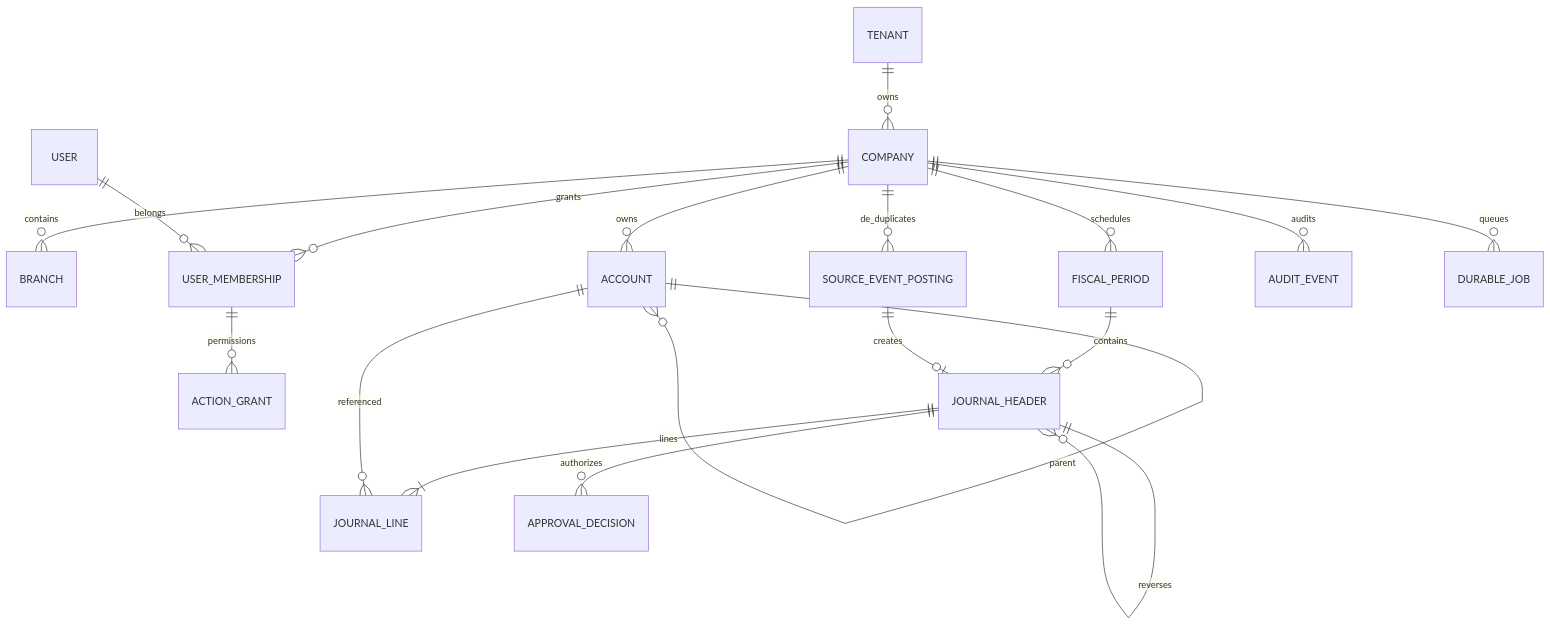
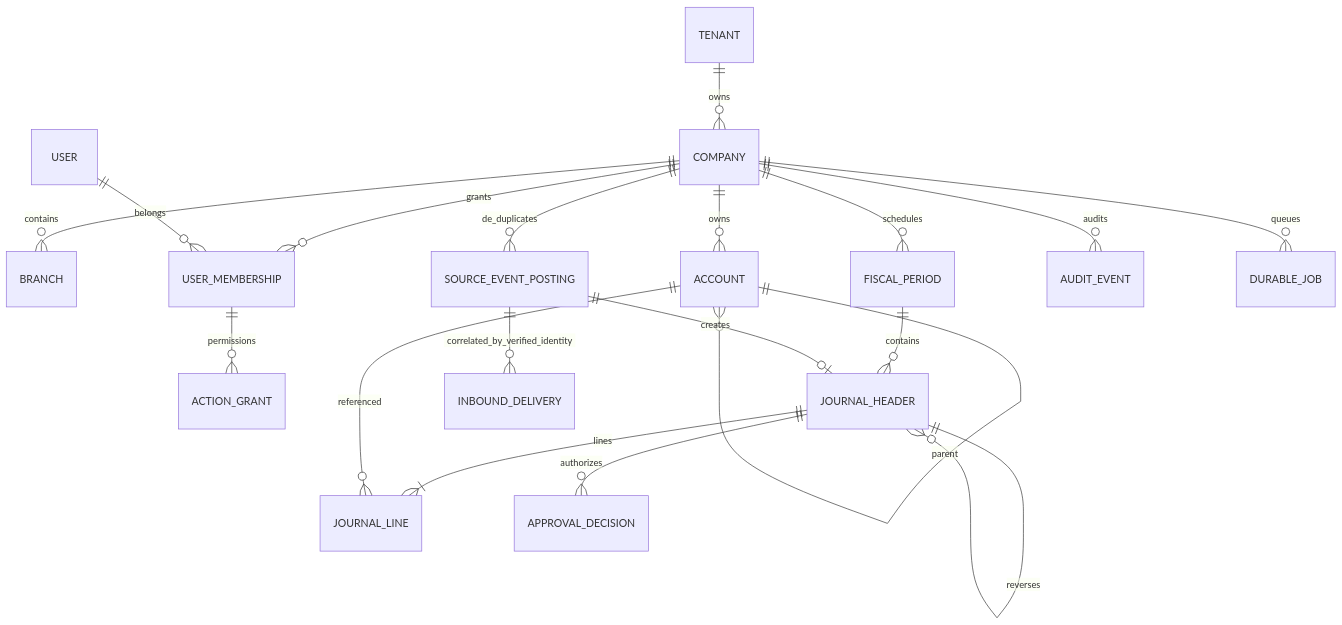
The diagram in docs/development-pack/round-2/01-PHYSICAL-ERD-DESIGN-PROPOSAL.md (dharmendra1031/ACCOUNTING-XBRL-COMPLIANCE-SUITE), drawn with Mermaid before and after one commit. The commit also changed other lines of this file, not shown here.

Commit message:
docs(round2): correct ERD unique economic event key and inbound alias design

````diff
--- a/docs/development-pack/round-2/01-PHYSICAL-ERD-DESIGN-PROPOSAL.md
+++ b/docs/development-pack/round-2/01-PHYSICAL-ERD-DESIGN-PROPOSAL.md
@@ -24,20 +24,21 @@
 ```mermaid
 erDiagram
   TENANT ||--o{ COMPANY : owns
   COMPANY ||--o{ BRANCH : contains
   COMPANY ||--o{ FISCAL_PERIOD : schedules
   COMPANY ||--o{ ACCOUNT : owns
   ACCOUNT ||--o{ ACCOUNT : parent
   COMPANY ||--o{ USER_MEMBERSHIP : grants
   USER ||--o{ USER_MEMBERSHIP : belongs
   USER_MEMBERSHIP ||--o{ ACTION_GRANT : permissions
   COMPANY ||--o{ SOURCE_EVENT_POSTING : de_duplicates
   FISCAL_PERIOD ||--o{ JOURNAL_HEADER : contains
   SOURCE_EVENT_POSTING ||--o| JOURNAL_HEADER : creates
+  SOURCE_EVENT_POSTING ||--o{ INBOUND_DELIVERY : correlated_by_verified_identity
   JOURNAL_HEADER ||--|{ JOURNAL_LINE : lines
   ACCOUNT ||--o{ JOURNAL_LINE : referenced
   JOURNAL_HEADER ||--o{ JOURNAL_HEADER : reverses
   JOURNAL_HEADER ||--o{ APPROVAL_DECISION : authorizes
   COMPANY ||--o{ AUDIT_EVENT : audits
   COMPANY ||--o{ DURABLE_JOB : queues
 ```
````
